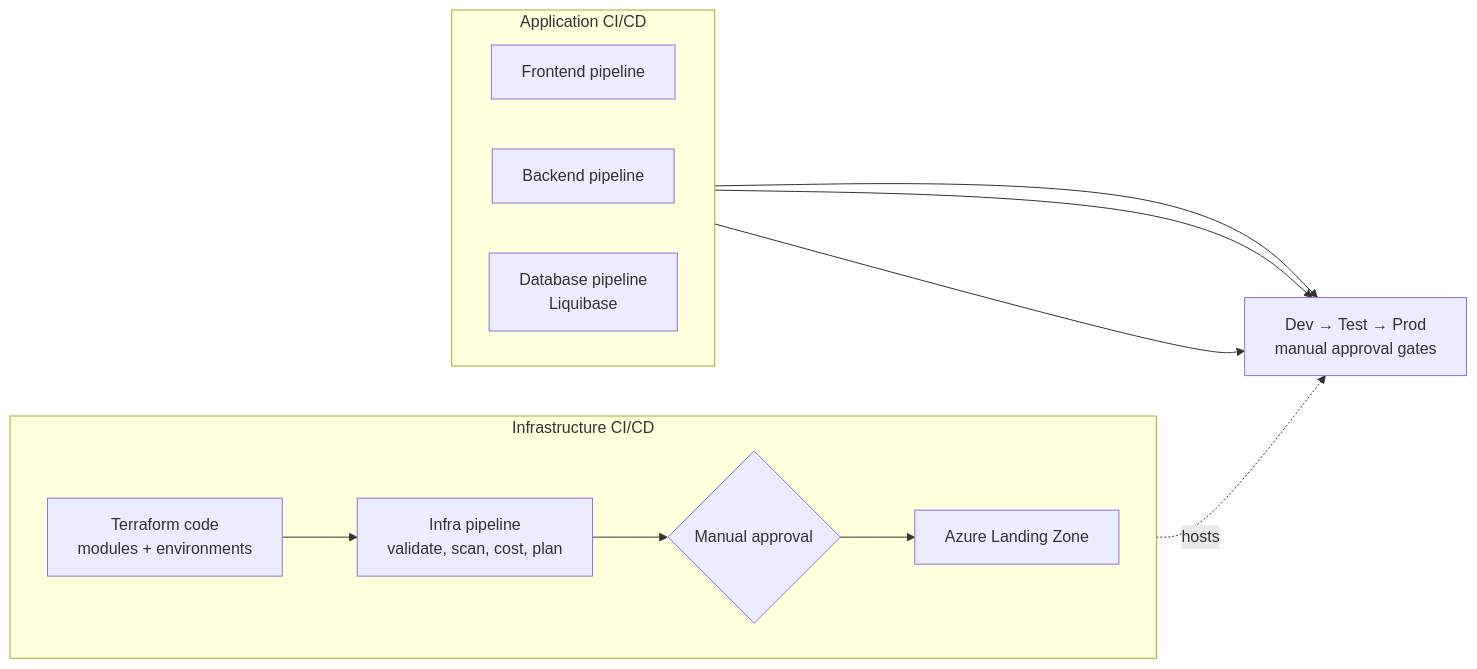
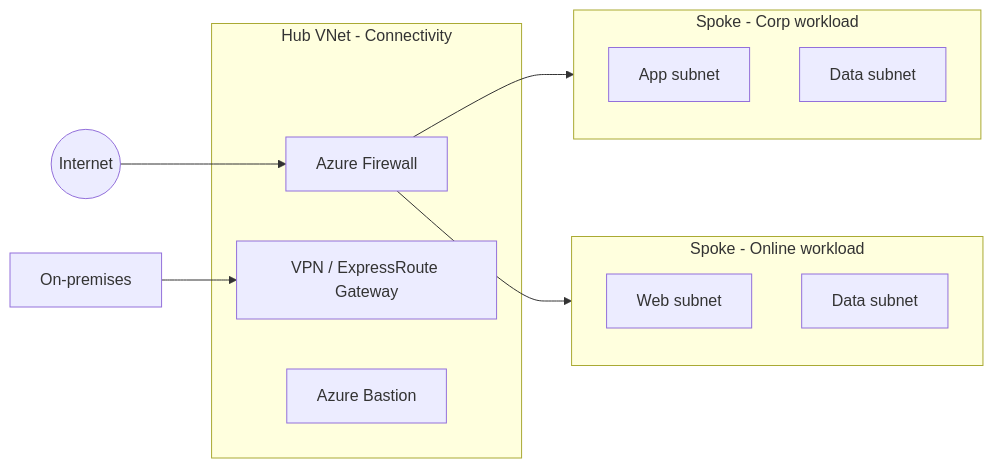
The first of 2 diagrams in README.md (aniket-devop/azure-landing-zone-devsecops), drawn with Mermaid before and after one commit. The commit also changed other lines of this file and 43 other files, not shown here.

Commit message:
Add Terraform modules, environments and CI/CD pipelines

````diff
--- a/README.md
+++ b/README.md
@@ -73,19 +67,20 @@
 ```mermaid
 flowchart LR
-    subgraph INFRA[Infrastructure CI/CD]
-        direction LR
-        T[Terraform code<br/>modules + environments] --> IP[Infra pipeline<br/>validate, scan, cost, plan]
-        IP --> IA{Manual approval}
-        IA --> AZ[Azure Landing Zone]
+    Internet((Internet)) --> FW[Azure Firewall]
+    OnPrem[On-premises] --> GW[VPN / ExpressRoute Gateway]
+    subgraph Hub [Hub VNet - Connectivity]
+        FW
+        GW
+        Bastion[Azure Bastion]
     end
-
-    subgraph APP[Application CI/CD]
-        direction LR
-        FEP[Frontend pipeline]
-        BEP[Backend pipeline]
-        DBP[Database pipeline<br/>Liquibase]
+    FW --> SpokeA
+    FW --> SpokeB
+    subgraph SpokeA [Spoke - Corp workload]
+        A1[App subnet]
+        A2[Data subnet]
     end
-
-    FEP & BEP & DBP --> ENV[Dev → Test → Prod<br/>manual approval gates]
-    AZ -.hosts.-> ENV
+    subgraph SpokeB [Spoke - Online workload]
+        B1[Web subnet]
+        B2[Data subnet]
+    end
 ```
````
